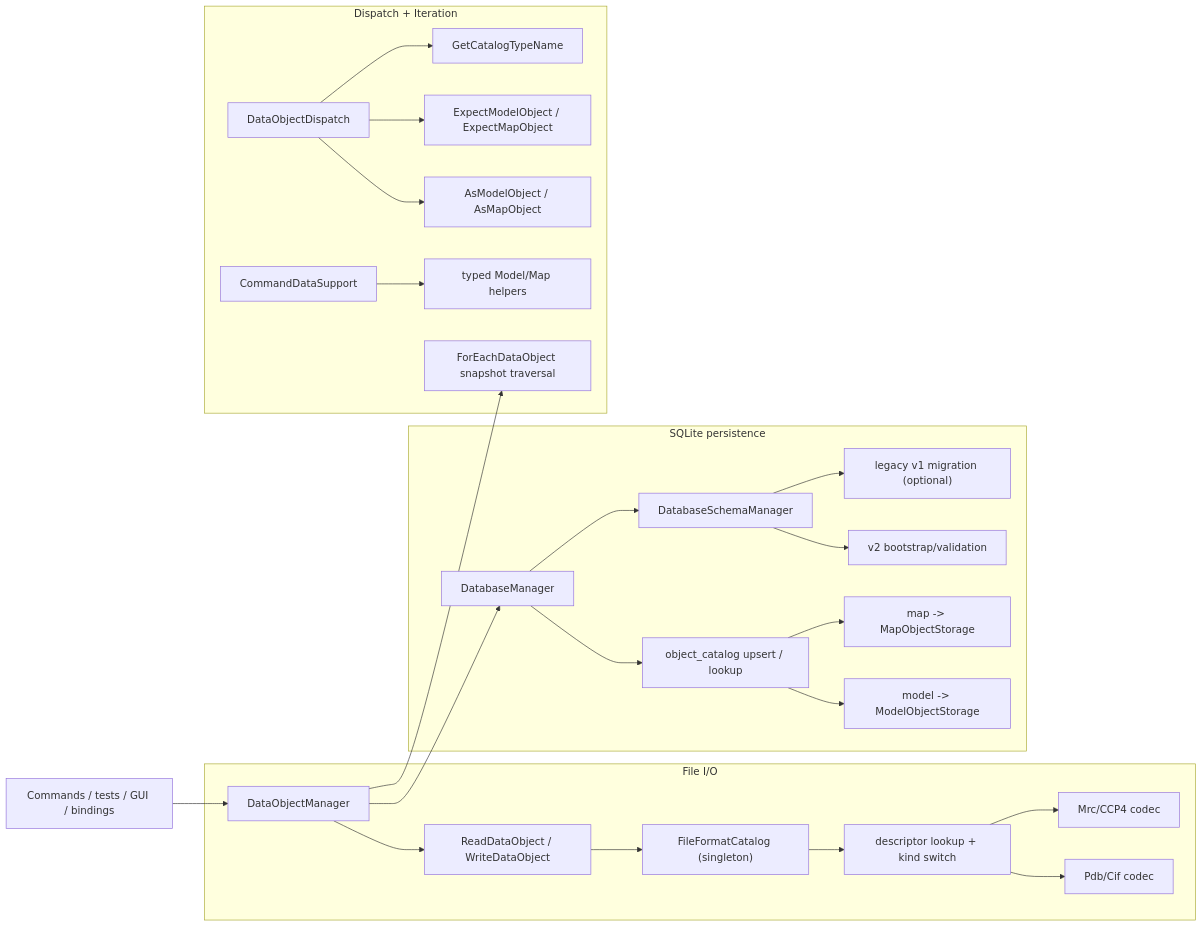
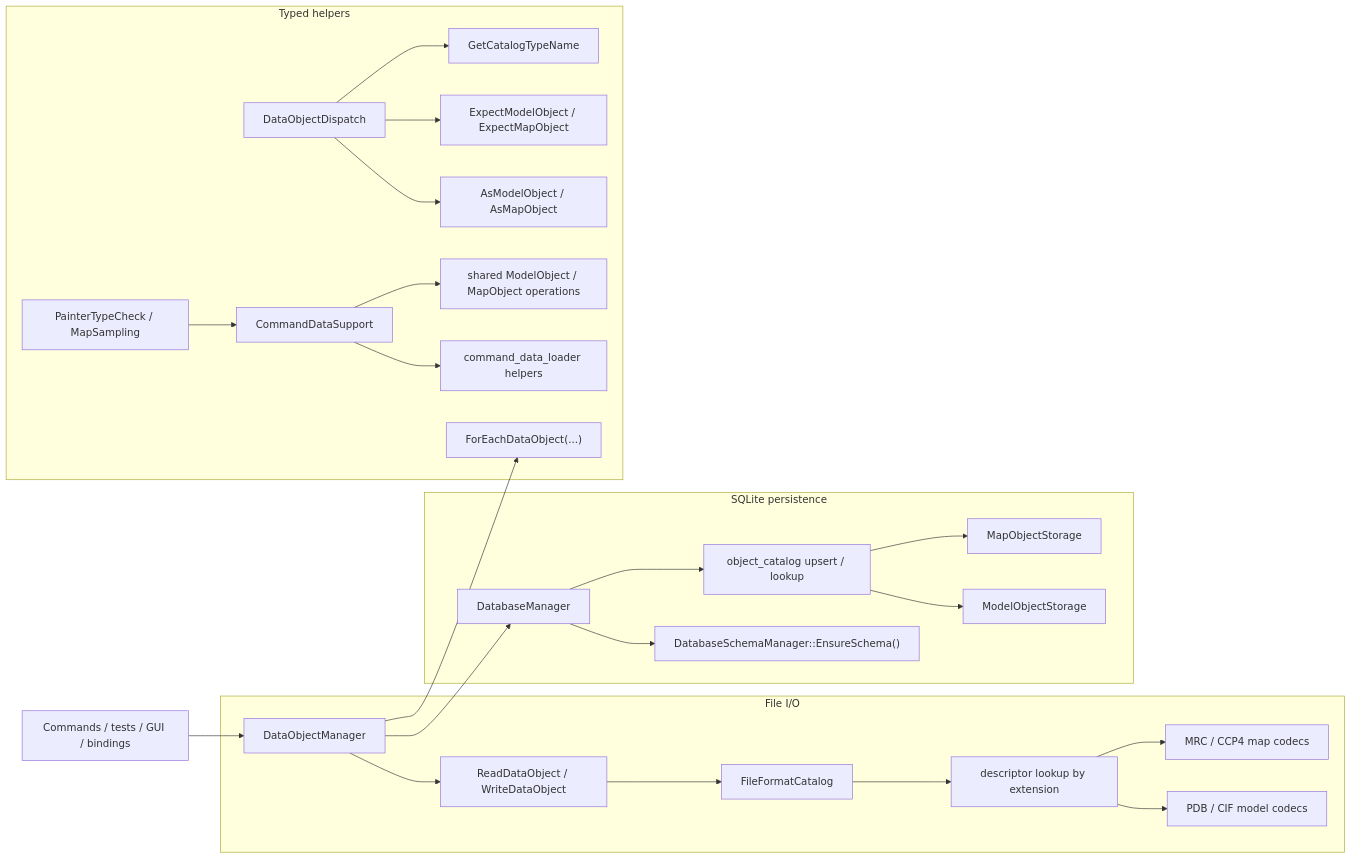
The diagram in docs/developer/architecture/dataobject-io-architecture.md (yslianTim/rhbm_gem), drawn with Mermaid before and after one commit. The commit also changed other lines of this file and 1 other file, not shown here.

````diff
--- a/docs/developer/architecture/dataobject-io-architecture.md
+++ b/docs/developer/architecture/dataobject-io-architecture.md
@@ -39,30 +42,30 @@
 ```mermaid
 flowchart LR
     A["Commands / tests / GUI / bindings"] --> B["DataObjectManager"]
 
     subgraph F["File I/O"]
       B --> C["ReadDataObject / WriteDataObject"]
-      C --> D["FileFormatCatalog (singleton)"]
-      D --> E["descriptor lookup + kind switch"]
-      E --> F1["Pdb/Cif codec"]
-      E --> F2["Mrc/CCP4 codec"]
+      C --> D["FileFormatCatalog"]
+      D --> E["descriptor lookup by extension"]
+      E --> F1["PDB / CIF model codecs"]
+      E --> F2["MRC / CCP4 map codecs"]
     end
 
     subgraph P["SQLite persistence"]
       B --> H["DatabaseManager"]
-      H --> I["object_catalog upsert / lookup"]
-      I --> J["model -> ModelObjectStorage"]
-      I --> K["map -> MapObjectStorage"]
-      H --> L["DatabaseSchemaManager"]
-      L --> M["v2 bootstrap/validation"]
-      L --> N["legacy v1 migration (optional)"]
+      H --> I["DatabaseSchemaManager::EnsureSchema()"]
+      H --> J["object_catalog upsert / lookup"]
+      J --> K["ModelObjectStorage"]
+      J --> L["MapObjectStorage"]
     end
 
-    subgraph D2["Dispatch + Iteration"]
-      B --> Q["ForEachDataObject snapshot traversal"]
-      R["DataObjectDispatch"] --> R1["AsModelObject / AsMapObject"]
-      R --> R2["ExpectModelObject / ExpectMapObject"]
-      R --> R3["GetCatalogTypeName"]
-      S["CommandDataSupport"] --> S1["typed Model/Map helpers"]
+    subgraph T["Typed helpers"]
+      B --> M["ForEachDataObject(...)"]
+      N["DataObjectDispatch"] --> N1["AsModelObject / AsMapObject"]
+      N --> N2["ExpectModelObject / ExpectMapObject"]
+      N --> N3["GetCatalogTypeName"]
+      O["CommandDataSupport"] --> O1["command_data_loader helpers"]
+      O --> O2["shared ModelObject / MapObject operations"]
+      P2["PainterTypeCheck / MapSampling"] --> O
     end
 ```
````
